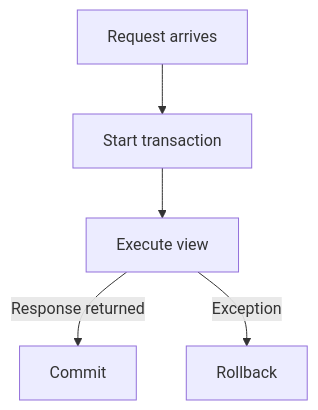
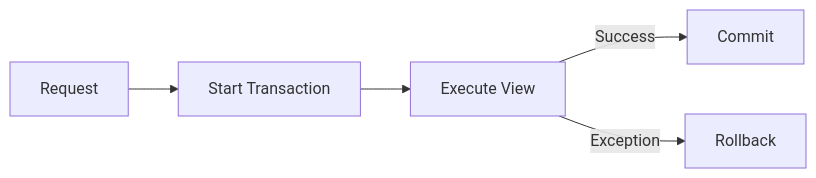
One commit to AvadhBhalodiya/Interview-Preparation changed the fifth of 8 diagrams in src/content/django/transactions-atomic.md. Above: the diagram before and after it, drawn with Mermaid. The commit also changed other lines of this file and 80 other files, not shown here.

````diff
--- a/src/content/django/transactions-atomic.md
+++ b/src/content/django/transactions-atomic.md
@@ -919,7 +700,7 @@
 ```mermaid
-flowchart TD
-    A[Request arrives] --> B[Start transaction]
-    B --> C[Execute view]
-    C -->|Response returned| D[Commit]
+flowchart LR
+    A[Request] --> B[Start Transaction]
+    B --> C[Execute View]
+    C -->|Success| D[Commit]
     C -->|Exception| E[Rollback]
 ```
````
